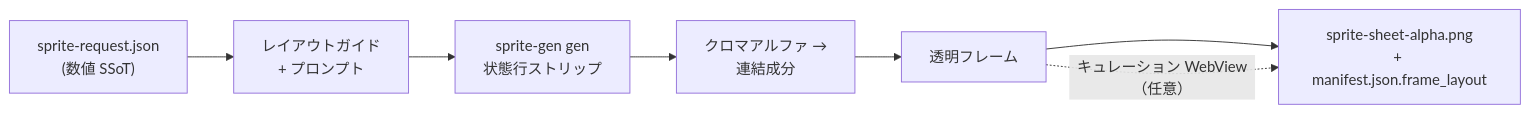
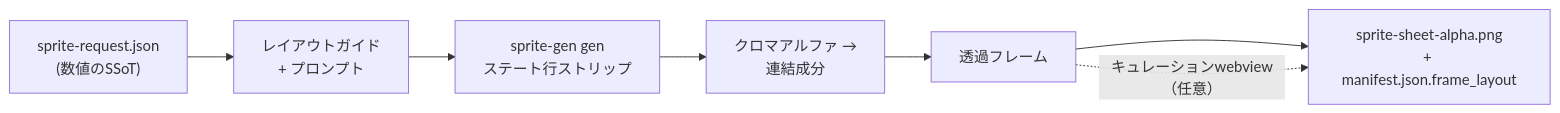
One commit to aldegad/sprite-gen changed the diagram in README.ja.md. Above: the diagram before and after it, drawn with Mermaid. The commit also changed other lines of this file and 12 other files, not shown here.

````diff
--- a/README.ja.md
+++ b/README.ja.md
@@ -37,9 +74,9 @@
 ```mermaid
 flowchart LR
-    REQ["sprite-request.json<br/>(数値 SSoT)"] --> GUIDES["レイアウトガイド<br/>+ プロンプト"]
-    GUIDES --> GEN["sprite-gen gen<br/>状態行ストリップ"]
+    REQ["sprite-request.json<br/>(数値のSSoT)"] --> GUIDES["レイアウトガイド<br/>+ プロンプト"]
+    GUIDES --> GEN["sprite-gen gen<br/>ステート行ストリップ"]
     GEN --> EXTRACT["クロマアルファ →<br/>連結成分"]
-    EXTRACT --> FRAMES["透明フレーム"]
+    EXTRACT --> FRAMES["透過フレーム"]
     FRAMES --> ATLAS["sprite-sheet-alpha.png<br/>+ manifest.json.frame_layout"]
-    FRAMES -. "キュレーション WebView（任意）" .-> ATLAS
+    FRAMES -. "キュレーションwebview（任意）" .-> ATLAS
 ```
````
